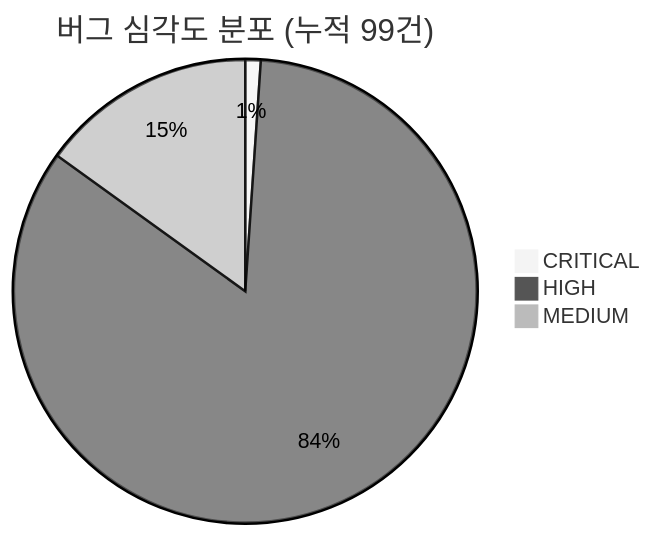
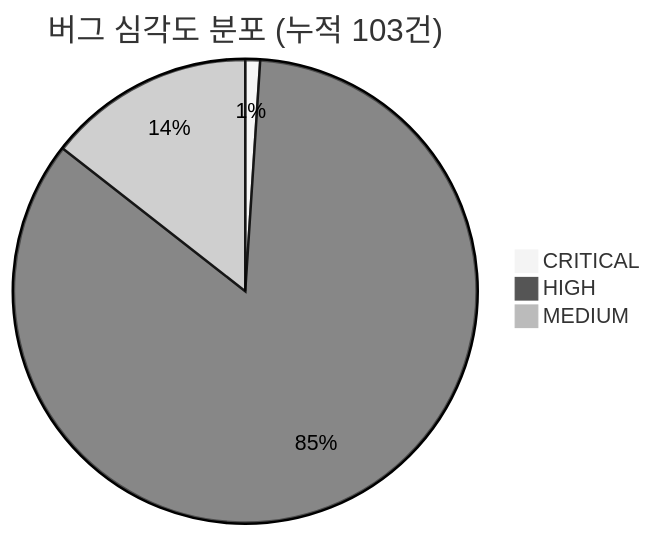
Before and after one commit to sun475300-sudo/Swarm-control-in-sc2bot: diagram 20 of 31 in README.md, drawn with Mermaid (neutral theme). The commit also changed other lines of this file, not shown here.

````diff
--- a/README.md
+++ b/README.md
@@ -595,6 +595,6 @@
 ```mermaid
-pie title 버그 심각도 분포 (누적 99건)
+pie title 버그 심각도 분포 (누적 103건)
     "CRITICAL" : 1
-    "HIGH" : 78
+    "HIGH" : 82
     "MEDIUM" : 14
 ```
````
